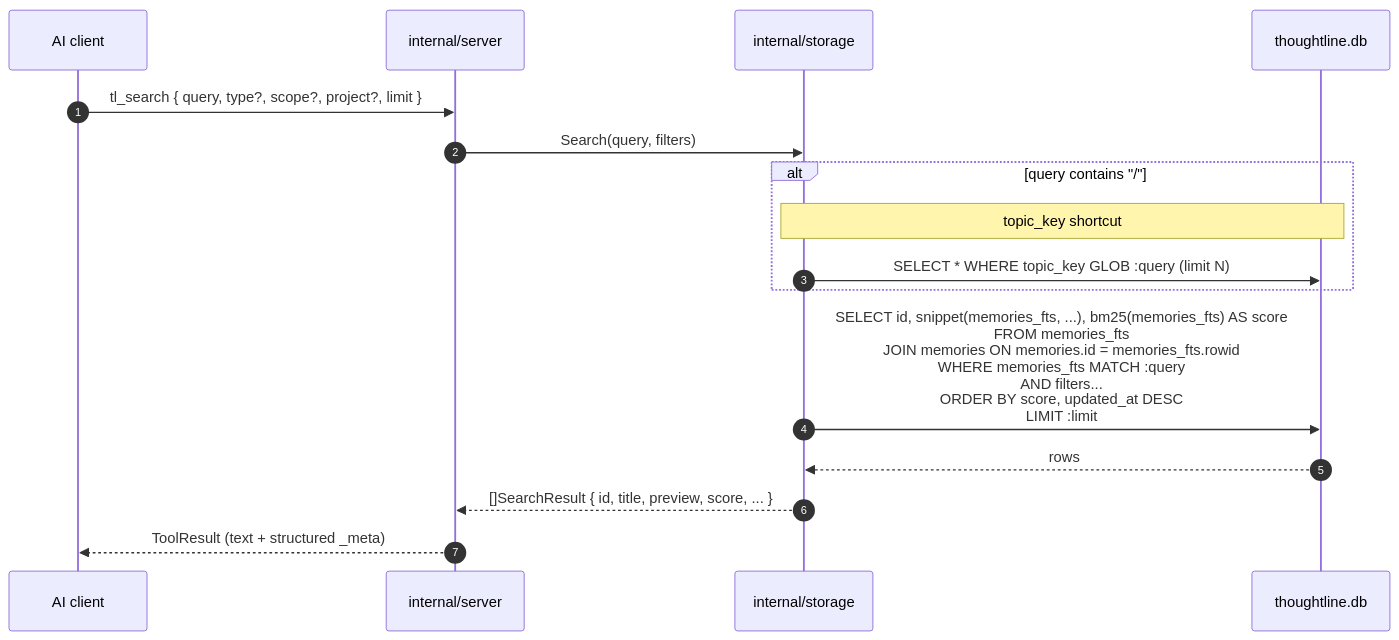
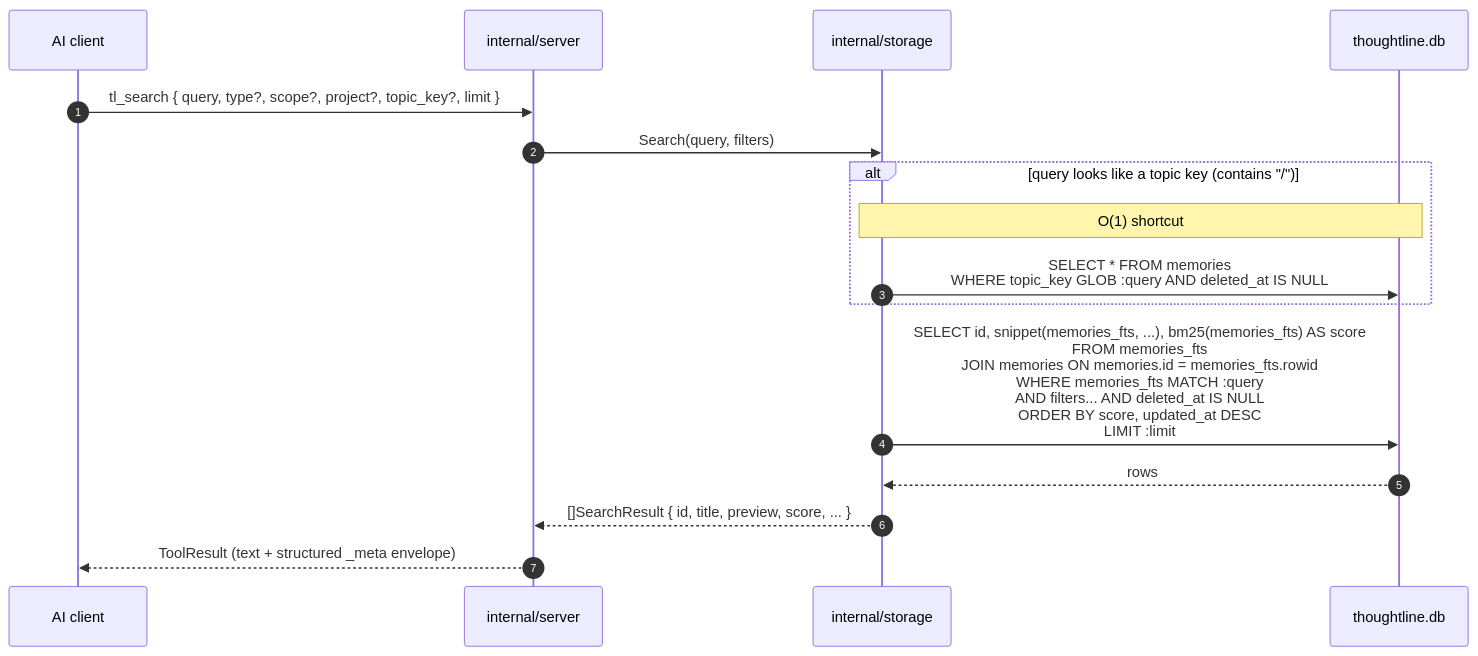
The third of 3 diagrams in docs/ARCHITECTURE.md (AgusLoza2021/Thoughtline), drawn with Mermaid before and after one commit. The commit also changed other lines of this file and 9 other files, not shown here.

````diff
--- a/docs/ARCHITECTURE.md
+++ b/docs/ARCHITECTURE.md
@@ -116,19 +189,19 @@
 ```mermaid
 sequenceDiagram
     autonumber
     participant Cli as AI client
     participant Srv as internal/server
     participant Sto as internal/storage
     participant DB as thoughtline.db
 
-    Cli->>Srv: tl_search { query, type?, scope?, project?, limit }
+    Cli->>Srv: tl_search { query, type?, scope?, project?, topic_key?, limit }
     Srv->>Sto: Search(query, filters)
-    alt query contains "/"
-      Note over Sto,DB: topic_key shortcut
-      Sto->>DB: SELECT * WHERE topic_key GLOB :query (limit N)
+    alt query looks like a topic key (contains "/")
+      Note over Sto,DB: O(1) shortcut
+      Sto->>DB: SELECT * FROM memories<br/>WHERE topic_key GLOB :query AND deleted_at IS NULL
     end
-    Sto->>DB: SELECT id, snippet(memories_fts, ...), bm25(memories_fts) AS score<br/>FROM memories_fts<br/>JOIN memories ON memories.id = memories_fts.rowid<br/>WHERE memories_fts MATCH :query<br/>  AND filters...<br/>ORDER BY score, updated_at DESC<br/>LIMIT :limit
+    Sto->>DB: SELECT id, snippet(memories_fts, ...), bm25(memories_fts) AS score<br/>FROM memories_fts<br/>JOIN memories ON memories.id = memories_fts.rowid<br/>WHERE memories_fts MATCH :query<br/>  AND filters... AND deleted_at IS NULL<br/>ORDER BY score, updated_at DESC<br/>LIMIT :limit
     DB-->>Sto: rows
     Sto-->>Srv: []SearchResult { id, title, preview, score, ... }
-    Srv-->>Cli: ToolResult (text + structured _meta)
+    Srv-->>Cli: ToolResult (text + structured _meta envelope)
 ```
````
